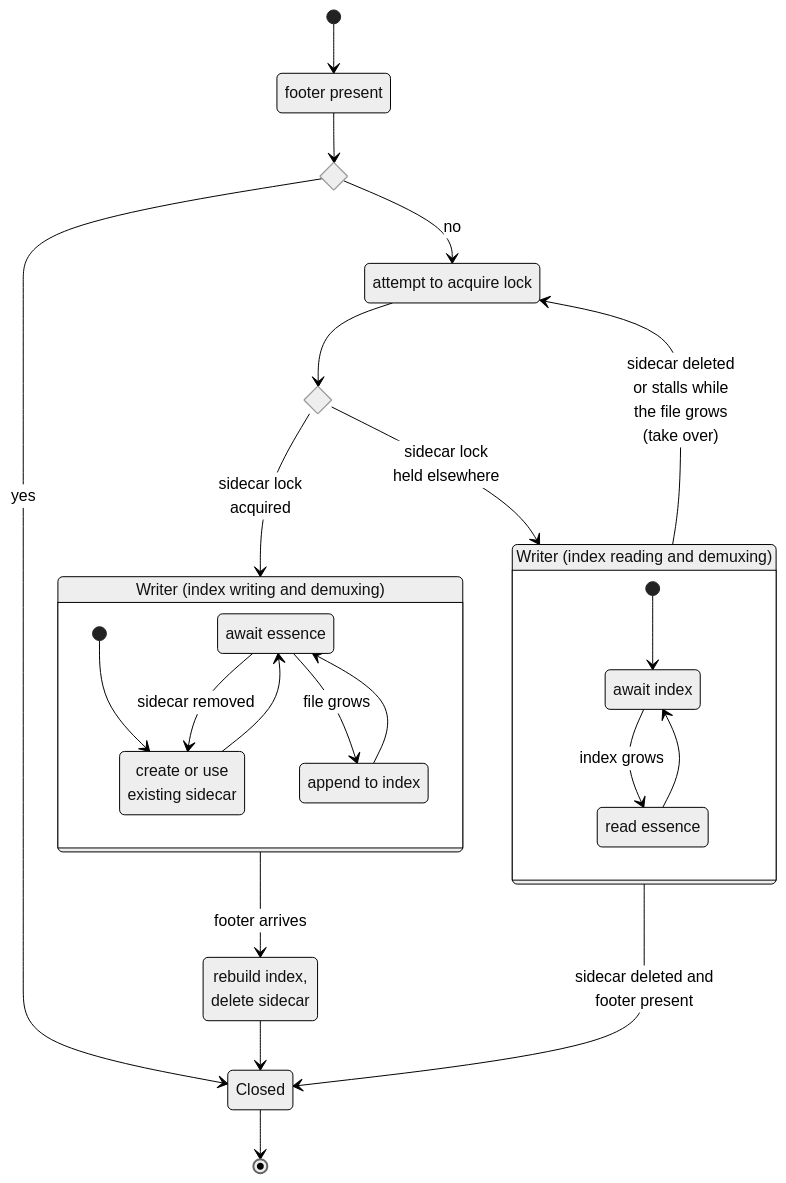
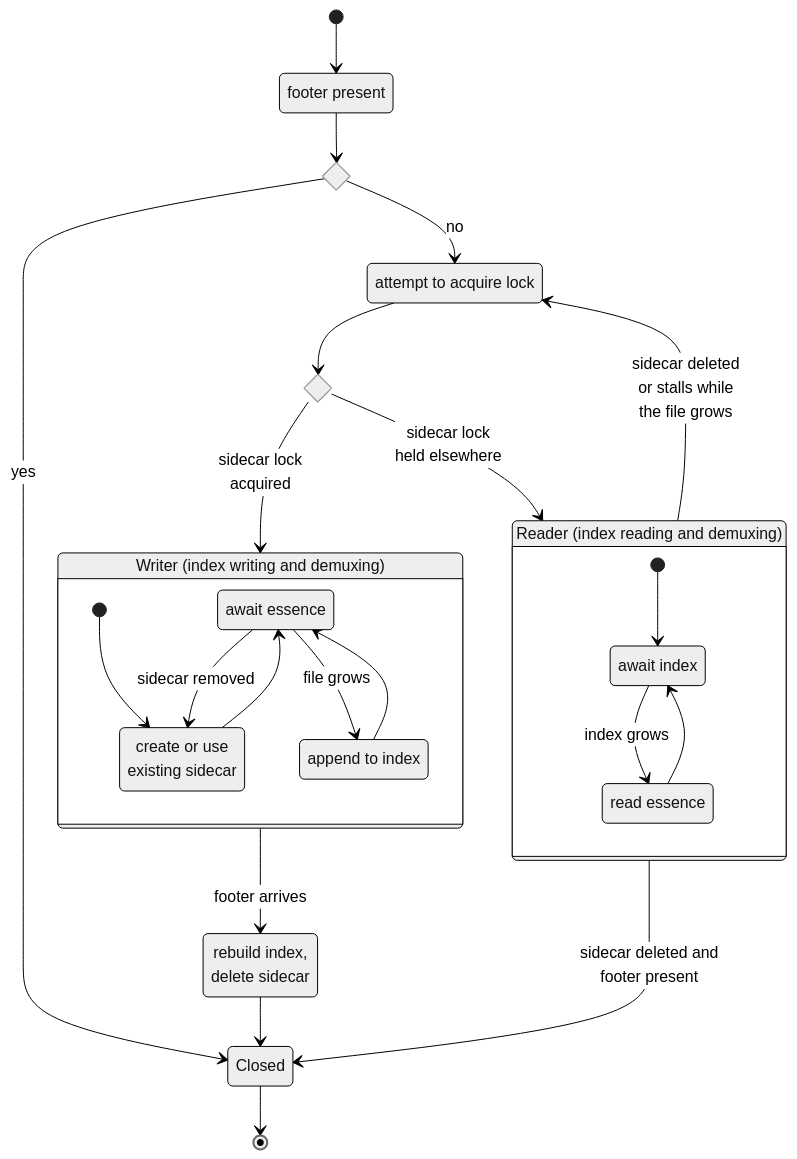
Before and after one commit to hootworks/website: the second of 2 diagrams in content/news/reading-growing-mxf-files-in-ffmpeg/index.md, drawn with Mermaid (neutral theme). The commit also changed other lines of this file, not shown here.

````diff
--- a/content/news/reading-growing-mxf-files-in-ffmpeg/index.md
+++ b/content/news/reading-growing-mxf-files-in-ffmpeg/index.md
@@ -83,45 +101,45 @@
 ```mermaid
 stateDiagram-v2
     attempt_to_acquire_lock: attempt to acquire lock
     footer_present: footer present
     await_essence: await essence
     await_index: await index
     read_essence: read essence
     create_sidecar: create or use<br>existing sidecar
     append: append to index
     rebuild: rebuild index,<br> delete sidecar
     Writer: Writer (index writing and demuxing)
-    Reader: Writer (index reading and demuxing)
+    Reader: Reader (index reading and demuxing)
 
     state was_acquired <<choice>>
     state is_open <<choice>>
 
     [*] --> footer_present
     footer_present --> is_open
     is_open --> Closed: yes
     is_open --> attempt_to_acquire_lock: no
     attempt_to_acquire_lock --> was_acquired
     was_acquired --> Writer : sidecar lock<br>acquired
     was_acquired --> Reader : sidecar lock<br>held elsewhere
 
     state Writer {
         [*] --> create_sidecar
         create_sidecar --> await_essence
         await_essence --> append : file grows
         append --> await_essence
         await_essence --> create_sidecar : sidecar removed
     }
 
     state Reader {
         [*] --> await_index
         await_index --> read_essence : index grows
         read_essence --> await_index
     }
 
-    Reader --> attempt_to_acquire_lock : sidecar deleted<br>or stalls while<br>the file grows<br>(take over)
+    Reader --> attempt_to_acquire_lock : sidecar deleted<br>or stalls while<br>the file grows
 
     Reader --> Closed : sidecar deleted and<br>footer present
     Writer --> rebuild : footer arrives
     rebuild --> Closed
     Closed --> [*]
 ```
````
